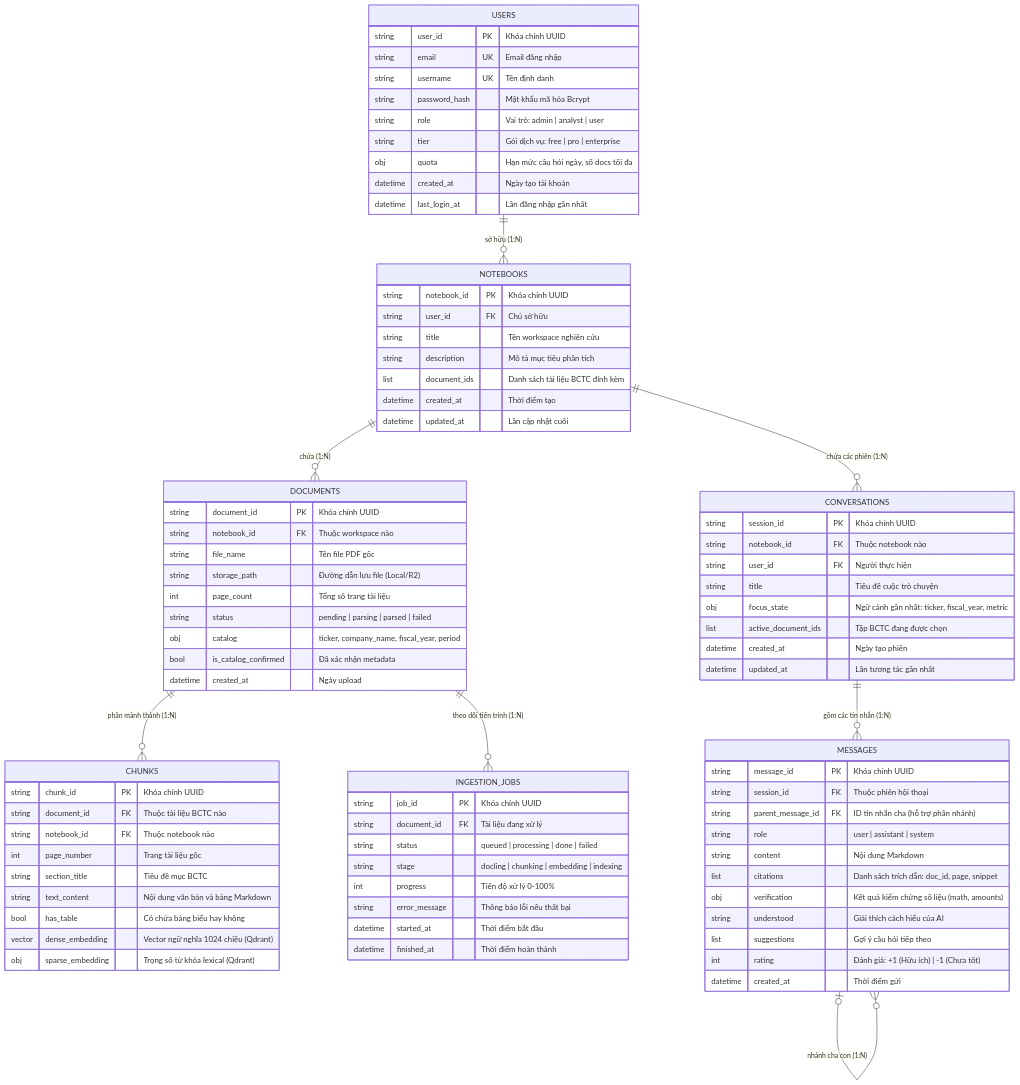
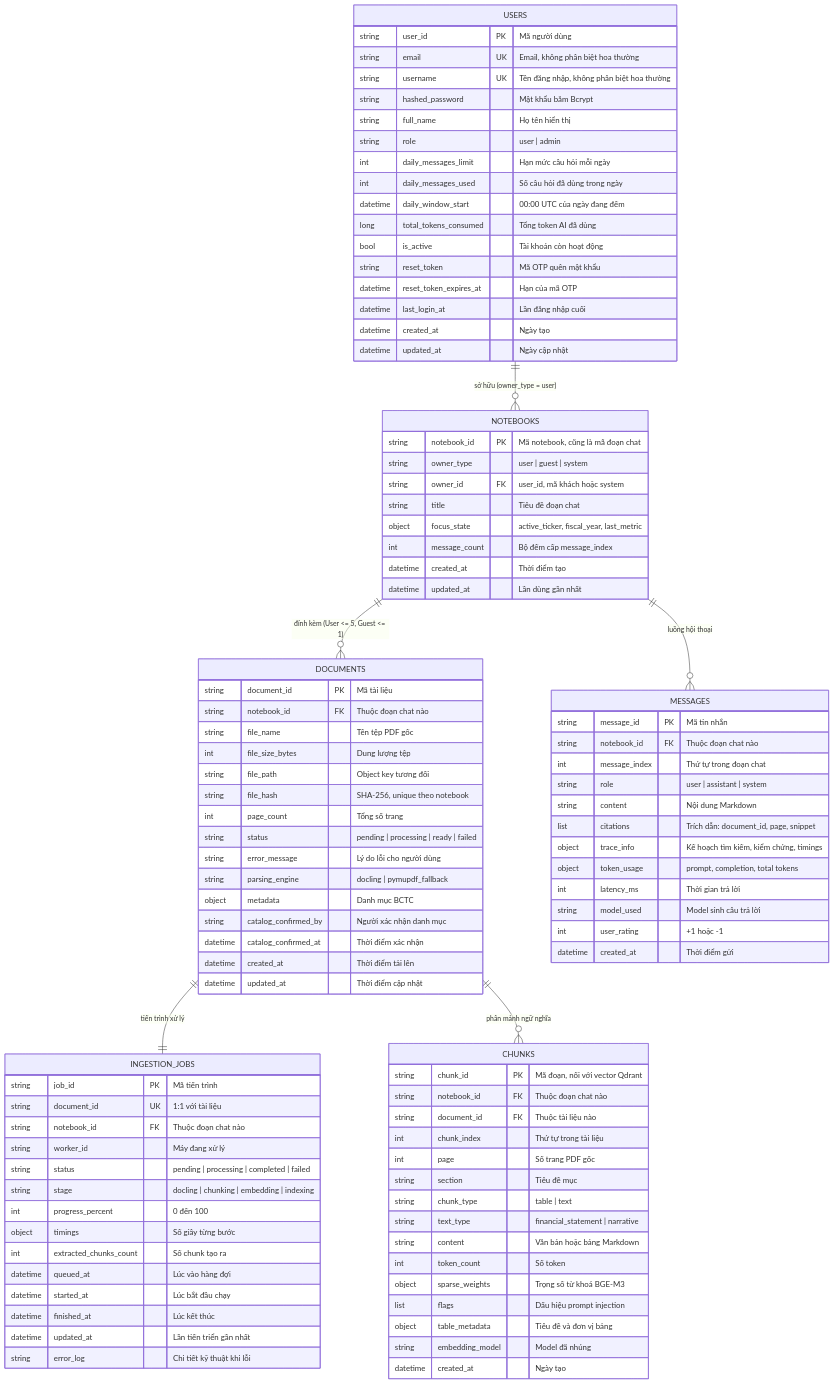
Before and after one commit to Thnh8052/FinHelp: the diagram in docs/Version_2/diagrams/database_erd.mermaid, drawn with Mermaid. The commit also changed other lines of this file and 64 other files, not shown here.

First line of the commit message:
feat(db): align MongoDB with the V3.1 schema

```diff
--- a/docs/Version_2/diagrams/database_erd.mermaid
+++ b/docs/Version_2/diagrams/database_erd.mermaid
@@ -1,95 +1,109 @@
 %% =========================================================================
-%% Lược đồ Cơ sở Dữ liệu Thực thể Liên kết (ERD) - FinHelp V2
-%% Sinh viên: Vương Văn Thành (20225094) - ĐHBK Hà Nội (HUST)
+%% Lược đồ Cơ sở Dữ liệu Thực thể Liên kết (ERD) - FinHelp V3.1
+%% Khớp với docs/Version_2/PILLAR_2_MONGODB_SPECIFICATION.md
 %% =========================================================================
 
 erDiagram
-  USERS ||--o{ NOTEBOOKS : "sở hữu (1:N)"
-  NOTEBOOKS ||--o{ DOCUMENTS : "chứa (1:N)"
-  DOCUMENTS ||--o{ CHUNKS : "phân mảnh thành (1:N)"
-  DOCUMENTS ||--o{ INGESTION_JOBS : "theo dõi tiến trình (1:N)"
-  NOTEBOOKS ||--o{ CONVERSATIONS : "chứa các phiên (1:N)"
-  CONVERSATIONS ||--o{ MESSAGES : "gồm các tin nhắn (1:N)"
-  MESSAGES |o--o{ MESSAGES : "nhánh cha con (1:N)"
+  USERS ||--o{ NOTEBOOKS : "sở hữu (owner_type = user)"
+  NOTEBOOKS ||--o{ DOCUMENTS : "đính kèm (User <= 5, Guest <= 1)"
+  NOTEBOOKS ||--o{ MESSAGES : "luồng hội thoại"
+  DOCUMENTS ||--|| INGESTION_JOBS : "tiến trình xử lý"
+  DOCUMENTS ||--o{ CHUNKS : "phân mảnh ngữ nghĩa"
 
   USERS {
-    string user_id PK "Khóa chính UUID"
-    string email UK "Email đăng nhập"
-    string username UK "Tên định danh"
-    string password_hash "Mật khẩu mã hóa Bcrypt"
-    string role "Vai trò: admin | analyst | user"
-    string tier "Gói dịch vụ: free | pro | enterprise"
-    obj quota "Hạn mức câu hỏi ngày, số docs tối đa"
-    datetime created_at "Ngày tạo tài khoản"
-    datetime last_login_at "Lần đăng nhập gần nhất"
+    string user_id PK "Mã người dùng"
+    string email UK "Email, không phân biệt hoa thường"
+    string username UK "Tên đăng nhập, không phân biệt hoa thường"
+    string hashed_password "Mật khẩu băm Bcrypt"
+    string full_name "Họ tên hiển thị"
+    string role "user | admin"
+    int daily_messages_limit "Hạn mức câu hỏi mỗi ngày"
+    int daily_messages_used "Số câu hỏi đã dùng trong ngày"
+    datetime daily_window_start "00:00 UTC của ngày đang đếm"
+    long total_tokens_consumed "Tổng token AI đã dùng"
+    bool is_active "Tài khoản còn hoạt động"
+    string reset_token "Mã OTP quên mật khẩu"
+    datetime reset_token_expires_at "Hạn của mã OTP"
+    datetime last_login_at "Lần đăng nhập cuối"
+    datetime created_at "Ngày tạo"
+    datetime updated_at "Ngày cập nhật"
   }
 
   NOTEBOOKS {
-    string notebook_id PK "Khóa chính UUID"
-    string user_id FK "Chủ sở hữu"
-    string title "Tên workspace nghiên cứu"
-    string description "Mô tả mục tiêu phân tích"
-    list document_ids "Danh sách tài liệu BCTC đính kèm"
+    string notebook_id PK "Mã notebook, cũng là mã đoạn chat"
+    string owner_type "user | guest | system"
+    string owner_id FK "user_id, mã khách hoặc system"
+    string title "Tiêu đề đoạn chat"
+    object focus_state "active_ticker, fiscal_year, last_metric"
+    int message_count "Bộ đếm cấp message_index"
     datetime created_at "Thời điểm tạo"
-    datetime updated_at "Lần cập nhật cuối"
+    datetime updated_at "Lần dùng gần nhất"
   }
 
   DOCUMENTS {
-    string document_id PK "Khóa chính UUID"
-    string notebook_id FK "Thuộc workspace nào"
-    string file_name "Tên file PDF gốc"
-    string storage_path "Đường dẫn lưu file (Local/R2)"
-    int page_count "Tổng số trang tài liệu"
-    string status "pending | parsing | parsed | failed"
-    obj catalog "ticker, company_name, fiscal_year, period"
-    bool is_catalog_confirmed "Đã xác nhận metadata"
-    datetime created_at "Ngày upload"
+    string document_id PK "Mã tài liệu"
+    string notebook_id FK "Thuộc đoạn chat nào"
+    string file_name "Tên tệp PDF gốc"
+    int file_size_bytes "Dung lượng tệp"
+    string file_path "Object key tương đối"
+    string file_hash "SHA-256, unique theo notebook"
+    int page_count "Tổng số trang"
+    string status "pending | processing | ready | failed"
+    string error_message "Lý do lỗi cho người dùng"
+    string parsing_engine "docling | pymupdf_fallback"
+    object metadata "Danh mục BCTC"
+    string catalog_confirmed_by "Người xác nhận danh mục"
+    datetime catalog_confirmed_at "Thời điểm xác nhận"
+    datetime created_at "Thời điểm tải lên"
+    datetime updated_at "Thời điểm cập nhật"
   }
 
   INGESTION_JOBS {
-    string job_id PK "Khóa chính UUID"
-    string document_id FK "Tài liệu đang xử lý"
-    string status "queued | processing | done | failed"
+    string job_id PK "Mã tiến trình"
+    string document_id UK "1:1 với tài liệu"
+    string notebook_id FK "Thuộc đoạn chat nào"
+    string worker_id "Máy đang xử lý"
+    string status "pending | processing | completed | failed"
     string stage "docling | chunking | embedding | indexing"
-    int progress "Tiến độ xử lý 0-100%"
-    string error_message "Thông báo lỗi nếu thất bại"
-    datetime started_at "Thời điểm bắt đầu"
-    datetime finished_at "Thời điểm hoàn thành"
+    int progress_percent "0 đến 100"
+    object timings "Số giây từng bước"
+    int extracted_chunks_count "Số chunk tạo ra"
+    datetime queued_at "Lúc vào hàng đợi"
+    datetime started_at "Lúc bắt đầu chạy"
+    datetime finished_at "Lúc kết thúc"
+    datetime updated_at "Lần tiến triển gần nhất"
+    string error_log "Chi tiết kỹ thuật khi lỗi"
   }
 
-  CONVERSATIONS {
-    string session_id PK "Khóa chính UUID"
-    string notebook_id FK "Thuộc notebook nào"
-    string user_id FK "Người thực hiện"
-    string title "Tiêu đề cuộc trò chuyện"
-    obj focus_state "Ngữ cảnh gần nhất: ticker, fiscal_year, metric"
-    list active_document_ids "Tập BCTC đang được chọn"
-    datetime created_at "Ngày tạo phiên"
-    datetime updated_at "Lần tương tác gần nhất"
+  CHUNKS {
+    string chunk_id PK "Mã đoạn, nối với vector Qdrant"
+    string notebook_id FK "Thuộc đoạn chat nào"
+    string document_id FK "Thuộc tài liệu nào"
+    int chunk_index "Thứ tự trong tài liệu"
+    int page "Số trang PDF gốc"
+    string section "Tiêu đề mục"
+    string chunk_type "table | text"
+    string text_type "financial_statement | narrative"
+    string content "Văn bản hoặc bảng Markdown"
+    int token_count "Số token"
+    object sparse_weights "Trọng số từ khoá BGE-M3"
+    list flags "Dấu hiệu prompt injection"
+    object table_metadata "Tiêu đề và đơn vị bảng"
+    string embedding_model "Model đã nhúng"
+    datetime created_at "Ngày tạo"
   }
 
   MESSAGES {
-    string message_id PK "Khóa chính UUID"
-    string session_id FK "Thuộc phiên hội thoại"
-    string parent_message_id FK "ID tin nhắn cha (hỗ trợ phân nhánh)"
+    string message_id PK "Mã tin nhắn"
+    string notebook_id FK "Thuộc đoạn chat nào"
+    int message_index "Thứ tự trong đoạn chat"
     string role "user | assistant | system"
     string content "Nội dung Markdown"
-    list citations "Danh sách trích dẫn: doc_id, page, snippet"
-    obj verification "Kết quả kiểm chứng số liệu (math, amounts)"
-    string understood "Giải thích cách hiểu của AI"
-    list suggestions "Gợi ý câu hỏi tiếp theo"
-    int rating "Đánh giá: +1 (Hữu ích) | -1 (Chưa tốt)"
+    list citations "Trích dẫn: document_id, page, snippet"
+    object trace_info "Kế hoạch tìm kiếm, kiểm chứng, timings"
+    object token_usage "prompt, completion, total tokens"
+    int latency_ms "Thời gian trả lời"
+    string model_used "Model sinh câu trả lời"
+    int user_rating "+1 hoặc -1"
     datetime created_at "Thời điểm gửi"
   }
-
-  CHUNKS {
-    string chunk_id PK "Khóa chính UUID"
-    string document_id FK "Thuộc tài liệu BCTC nào"
-    string notebook_id FK "Thuộc notebook nào"
-    int page_number "Trang tài liệu gốc"
-    string section_title "Tiêu đề mục BCTC"
-    string text_content "Nội dung văn bản và bảng Markdown"
-    bool has_table "Có chứa bảng biểu hay không"
-    vector dense_embedding "Vector ngữ nghĩa 1024 chiều (Qdrant)"
-    obj sparse_embedding "Trọng số từ khóa lexical (Qdrant)"
-  }
```
